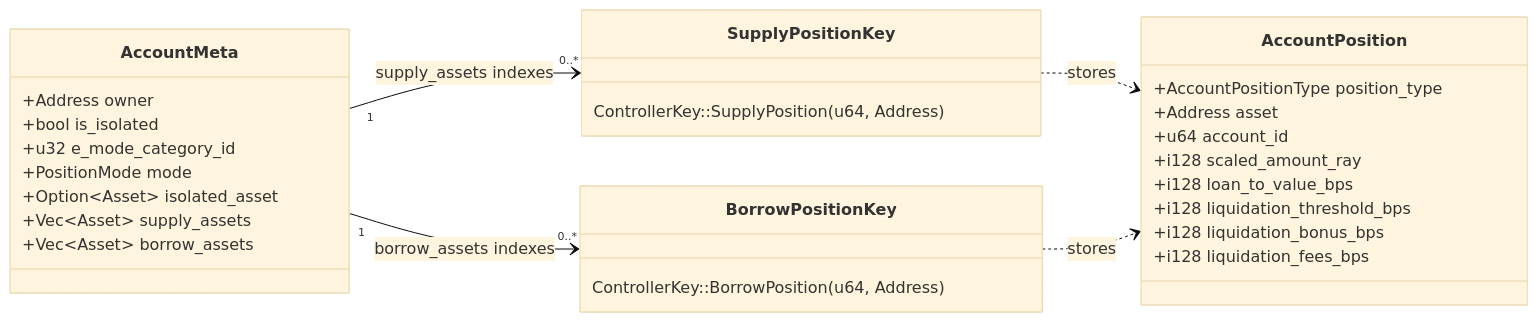
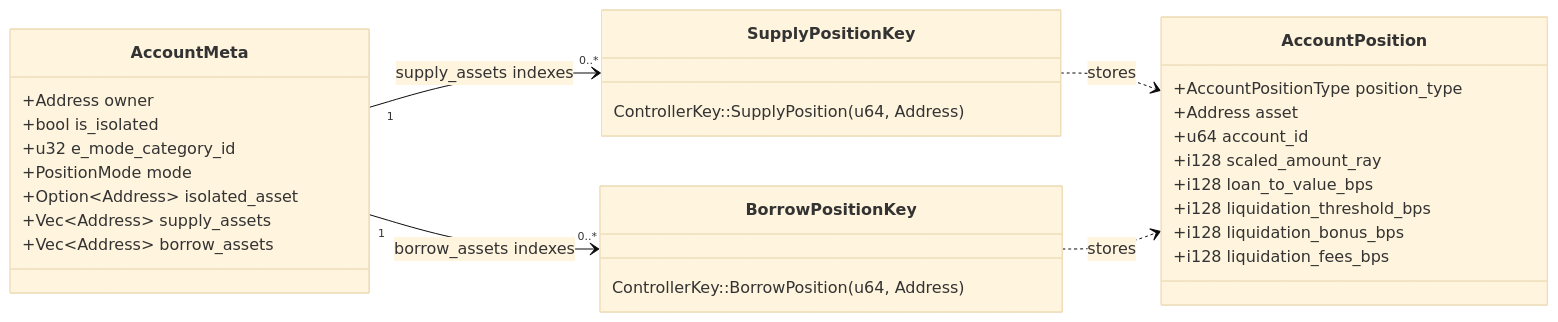
One commit to XOXNO/rs-lending-xlm changed the second of 15 diagrams in SCF_BUILD_ARCHITECTURE.md. Above: the diagram before and after it, drawn with Mermaid (base theme). The commit also changed other lines of this file, not shown here.

Commit message:
docs(scf): tighten §10 risk-frameworks table and opener
Remove two redundant rows from the E-Mode / Isolation comparison table:
"Set at" carried identical text in both columns; "Mutually exclusive
with" only named the other mode. Consolidate the shared invariants
(mode immutability, mutual exclusion, fixed at account creation) into
the §10 opener as a single canonical statement so every remaining
table row shows a real difference between the two modes.

Net: 7 rows -> 5 rows; -28 words; no technical content lost.

````diff
--- a/SCF_BUILD_ARCHITECTURE.md
+++ b/SCF_BUILD_ARCHITECTURE.md
@@ -159,38 +159,38 @@
 ```mermaid
 classDiagram
     direction LR
 
     class AccountMeta {
         +Address owner
         +bool is_isolated
         +u32 e_mode_category_id
         +PositionMode mode
-        +Option~Asset~ isolated_asset
-        +Vec~Asset~ supply_assets
-        +Vec~Asset~ borrow_assets
+        +Option~Address~ isolated_asset
+        +Vec~Address~ supply_assets
+        +Vec~Address~ borrow_assets
     }
 
     class AccountPosition {
         +AccountPositionType position_type
         +Address asset
         +u64 account_id
         +i128 scaled_amount_ray
         +i128 loan_to_value_bps
         +i128 liquidation_threshold_bps
         +i128 liquidation_bonus_bps
         +i128 liquidation_fees_bps
     }
 
     class SupplyPositionKey {
         ControllerKey::SupplyPosition(u64, Address)
     }
 
     class BorrowPositionKey {
         ControllerKey::BorrowPosition(u64, Address)
     }
 
     AccountMeta "1" --> "0..*" SupplyPositionKey : supply_assets indexes
     AccountMeta "1" --> "0..*" BorrowPositionKey : borrow_assets indexes
     SupplyPositionKey ..> AccountPosition : stores
     BorrowPositionKey ..> AccountPosition : stores
 ```
````
